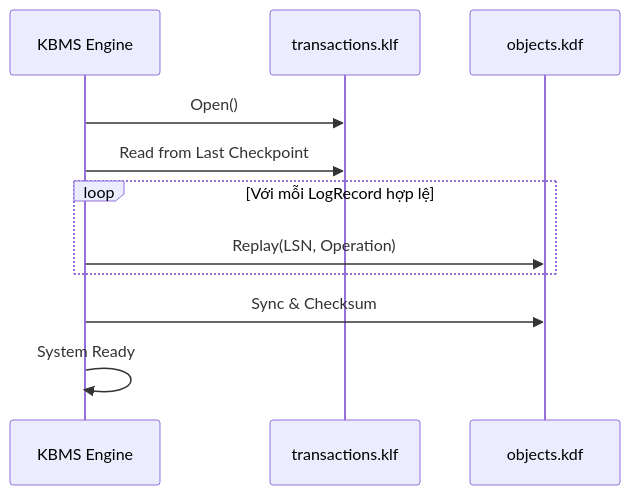
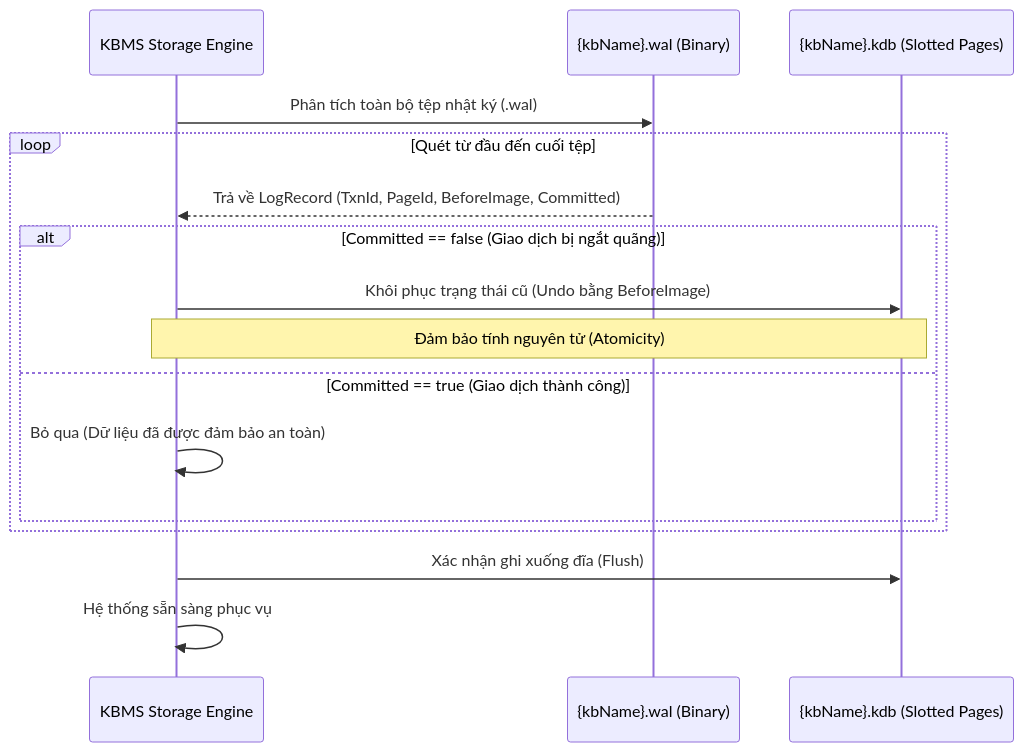
One commit to tranphat1506/KBMS changed the diagram in docs/assets/diagrams/recovery_flow.mmd. Above: the diagram before and after it, drawn with Mermaid. The commit also changed 115 other files, not shown here.

Commit message:
feat: implement V3 storage and reasoning engine updates with comprehensive documentation and testing infrastructure

```diff
--- a/docs/assets/diagrams/recovery_flow.mmd
+++ b/docs/assets/diagrams/recovery_flow.mmd
@@ -1,12 +1,17 @@
 sequenceDiagram
-    participant DB as KBMS Engine
-    participant WAL as transactions.klf
-    participant DATA as objects.kdf
+    participant DB as KBMS Storage Engine
+    participant WAL as {kbName}.wal (Binary)
+    participant DATA as {kbName}.kdb (Slotted Pages)
 
-    DB->>WAL: Open()
-    DB->>WAL: Read from Last Checkpoint
-    loop Với mỗi LogRecord hợp lệ
-        DB->>DATA: Replay(LSN, Operation)
+    DB->>WAL: Phân tích toàn bộ tệp nhật ký (.wal)
+    loop Quét từ đầu đến cuối tệp
+        WAL-->>DB: Trả về LogRecord (TxnId, PageId, BeforeImage, Committed)
+        alt Committed == false (Giao dịch bị ngắt quãng)
+            DB->>DATA: Khôi phục trạng thái cũ (Undo bằng BeforeImage)
+            Note over DB, DATA: Đảm bảo tính nguyên tử (Atomicity)
+        else Committed == true (Giao dịch thành công)
+            DB->>DB: Bỏ qua (Dữ liệu đã được đảm bảo an toàn)
+        end
     end
-    DB->>DATA: Sync & Checksum
-    DB->>DB: System Ready
+    DB->>DATA: Xác nhận ghi xuống đĩa (Flush)
+    DB->>DB: Hệ thống sẵn sàng phục vụ
```
